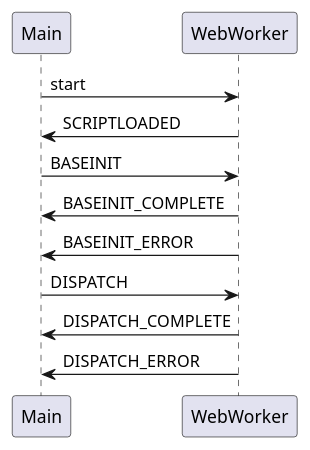
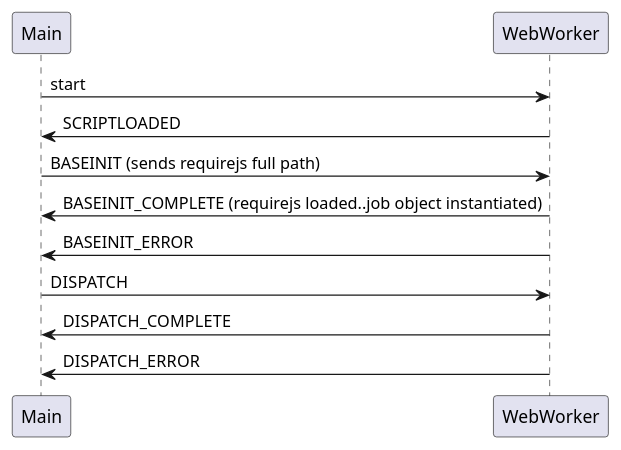
One commit to cbuteau/webjobs.es6 changed the diagram in uml/sequence.puml. Above: the diagram before and after it, drawn with PlantUML. The commit also changed 3 other files, not shown here.

```diff
--- a/uml/sequence.puml
+++ b/uml/sequence.puml
@@ -1,12 +1,12 @@
 @startuml
 
 Main->WebWorker : start
 WebWorker->Main : SCRIPTLOADED
-Main->WebWorker : BASEINIT
-WebWorker->Main : BASEINIT_COMPLETE
+Main->WebWorker : BASEINIT (sends requirejs full path)
+WebWorker->Main : BASEINIT_COMPLETE (requirejs loaded..job object instantiated)
 WebWorker->Main : BASEINIT_ERROR
 Main->WebWorker : DISPATCH
 WebWorker->Main : DISPATCH_COMPLETE
 WebWorker->Main : DISPATCH_ERROR
 
 @enduml
```
